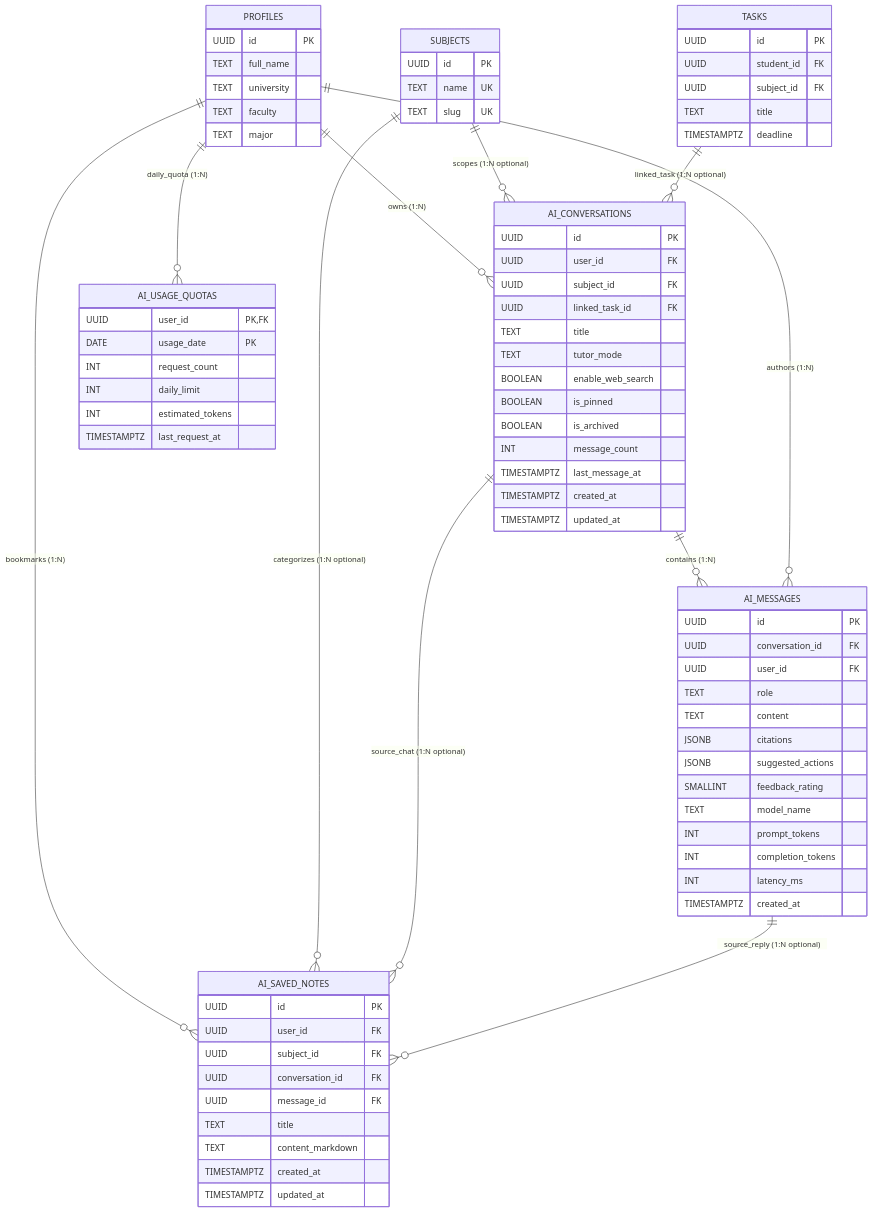
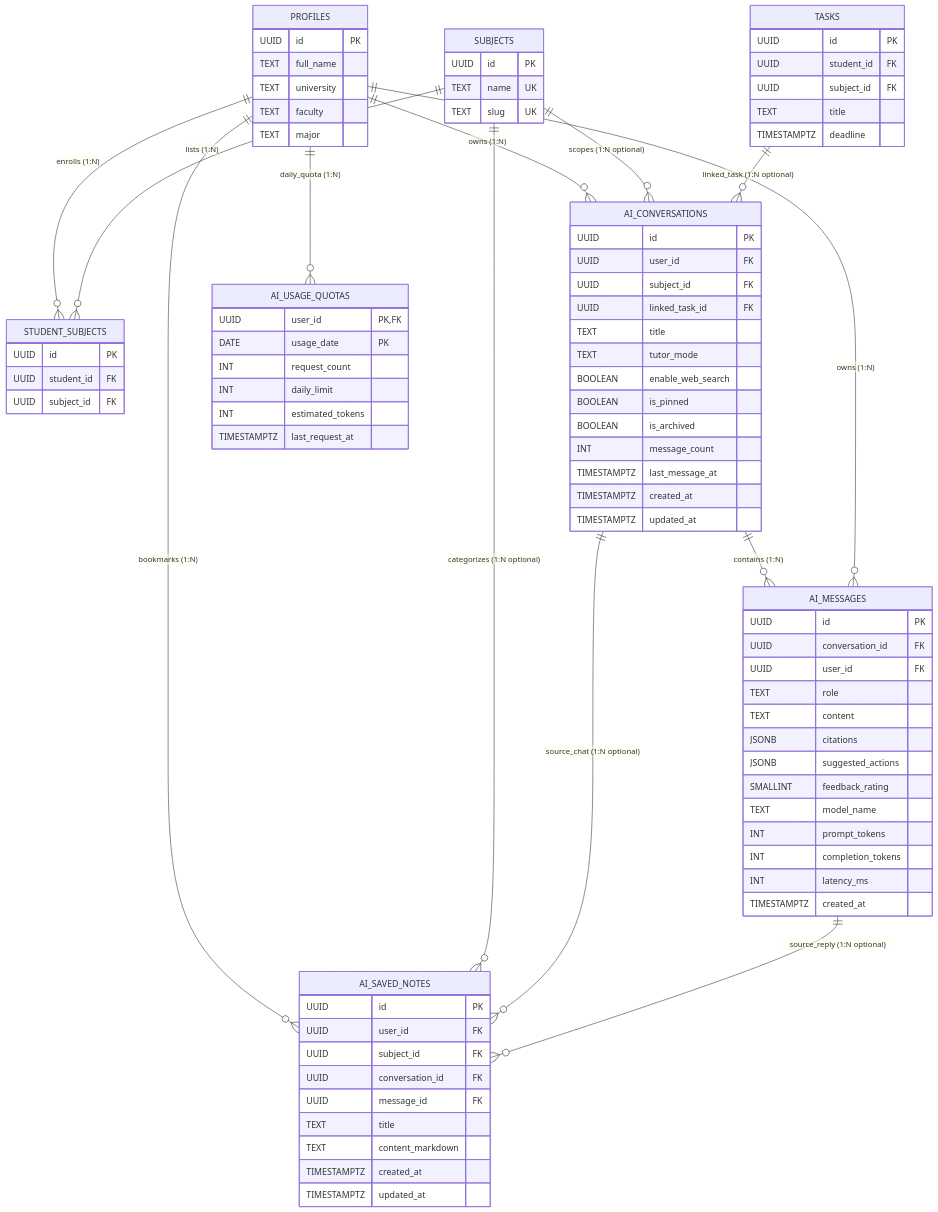
Before and after one commit to CapstoneDesign-Fall2026-UlsanCollege/Team-5-Capstone-Design: the diagram in docs/week_12/AI tutor DB model.md, drawn with Mermaid. The commit also changed other lines of this file, not shown here.

````diff
--- a/docs/week_12/AI tutor DB model.md
+++ b/docs/week_12/AI tutor DB model.md
@@ -27,11 +33,14 @@
 ```mermaid
 erDiagram
+    PROFILES ||--o{ STUDENT_SUBJECTS : "enrolls (1:N)"
+    SUBJECTS ||--o{ STUDENT_SUBJECTS : "lists (1:N)"
+
     PROFILES ||--o{ AI_CONVERSATIONS : "owns (1:N)"
     SUBJECTS ||--o{ AI_CONVERSATIONS : "scopes (1:N optional)"
     TASKS ||--o{ AI_CONVERSATIONS : "linked_task (1:N optional)"
 
     AI_CONVERSATIONS ||--o{ AI_MESSAGES : "contains (1:N)"
-    PROFILES ||--o{ AI_MESSAGES : "authors (1:N)"
+    PROFILES ||--o{ AI_MESSAGES : "owns (1:N)"
 
     PROFILES ||--o{ AI_USAGE_QUOTAS : "daily_quota (1:N)"
 
@@ -46,6 +55,12 @@
         TEXT university
         TEXT faculty
         TEXT major
+    }
+
+    STUDENT_SUBJECTS {
+        UUID id PK
+        UUID student_id FK
+        UUID subject_id FK
     }
 
     SUBJECTS {
````
